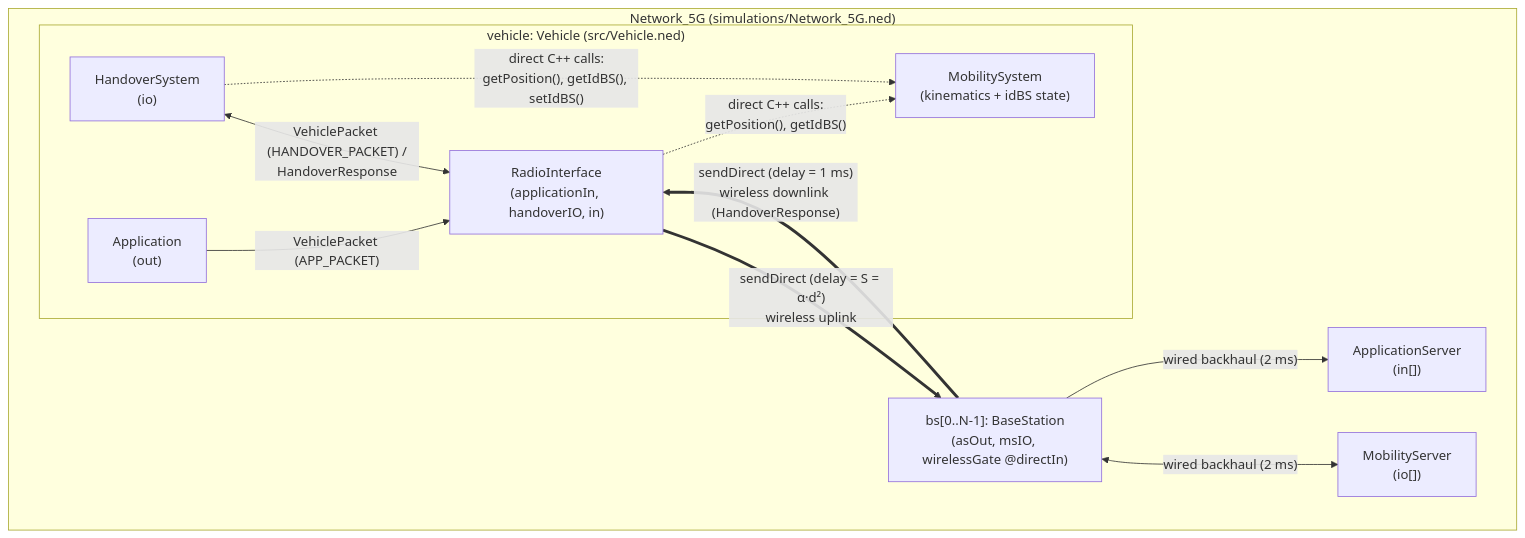
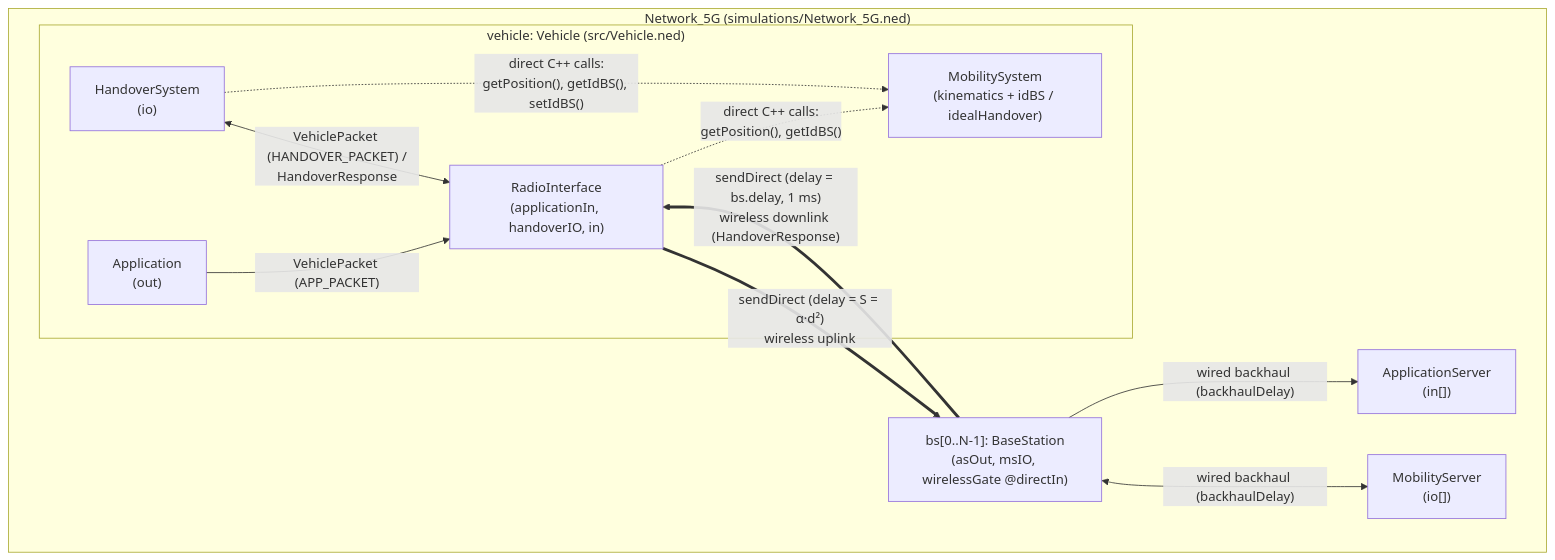
Before and after one commit to castellanifilippo/5G-Connected-Vehicle: the diagram in CODEBASE_DOCUMENTATION.md, drawn with Mermaid. The commit also changed other lines of this file and 7 other files, not shown here.

````diff
--- a/CODEBASE_DOCUMENTATION.md
+++ b/CODEBASE_DOCUMENTATION.md
@@ -15,26 +15,26 @@
 ```mermaid
 flowchart TB
     subgraph Network_5G["Network_5G (simulations/Network_5G.ned)"]
         AS["ApplicationServer\n(in[])"]
         MS["MobilityServer\n(io[])"]
         BS["bs[0..N-1]: BaseStation\n(asOut, msIO, wirelessGate @directIn)"]
 
         subgraph Vehicle["vehicle: Vehicle (src/Vehicle.ned)"]
             App["Application\n(out)"]
             HO["HandoverSystem\n(io)"]
             RI["RadioInterface\n(applicationIn, handoverIO, in)"]
-            Mob["MobilitySystem\n(kinematics + idBS state)"]
+            Mob["MobilitySystem\n(kinematics + idBS / idealHandover)"]
         end
     end
 
     App -->|"VehiclePacket (APP_PACKET)"| RI
     HO <-->|"VehiclePacket (HANDOVER_PACKET) /\nHandoverResponse"| RI
     RI -.->|"direct C++ calls:\ngetPosition(), getIdBS()"| Mob
     HO -.->|"direct C++ calls:\ngetPosition(), getIdBS(), setIdBS()"| Mob
 
     RI ==>|"sendDirect (delay = S = α·d²)\nwireless uplink"| BS
-    BS ==>|"sendDirect (delay = 1 ms)\nwireless downlink (HandoverResponse)"| RI
+    BS ==>|"sendDirect (delay = bs.delay, 1 ms)\nwireless downlink (HandoverResponse)"| RI
 
-    BS -->|"wired backhaul (2 ms)"| AS
-    BS <-->|"wired backhaul (2 ms)"| MS
+    BS -->|"wired backhaul (backhaulDelay)"| AS
+    BS <-->|"wired backhaul (backhaulDelay)"| MS
 ```
````
